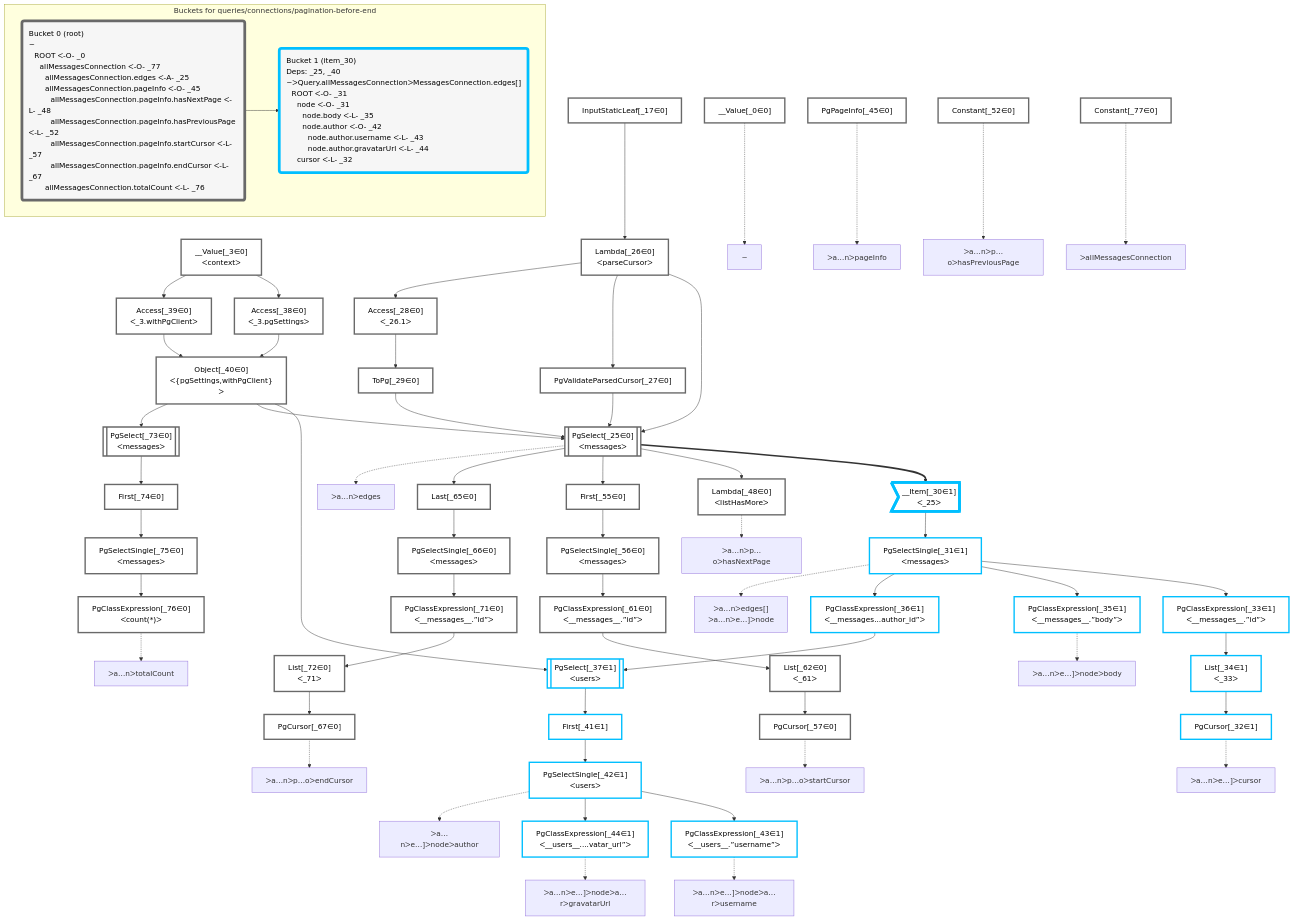
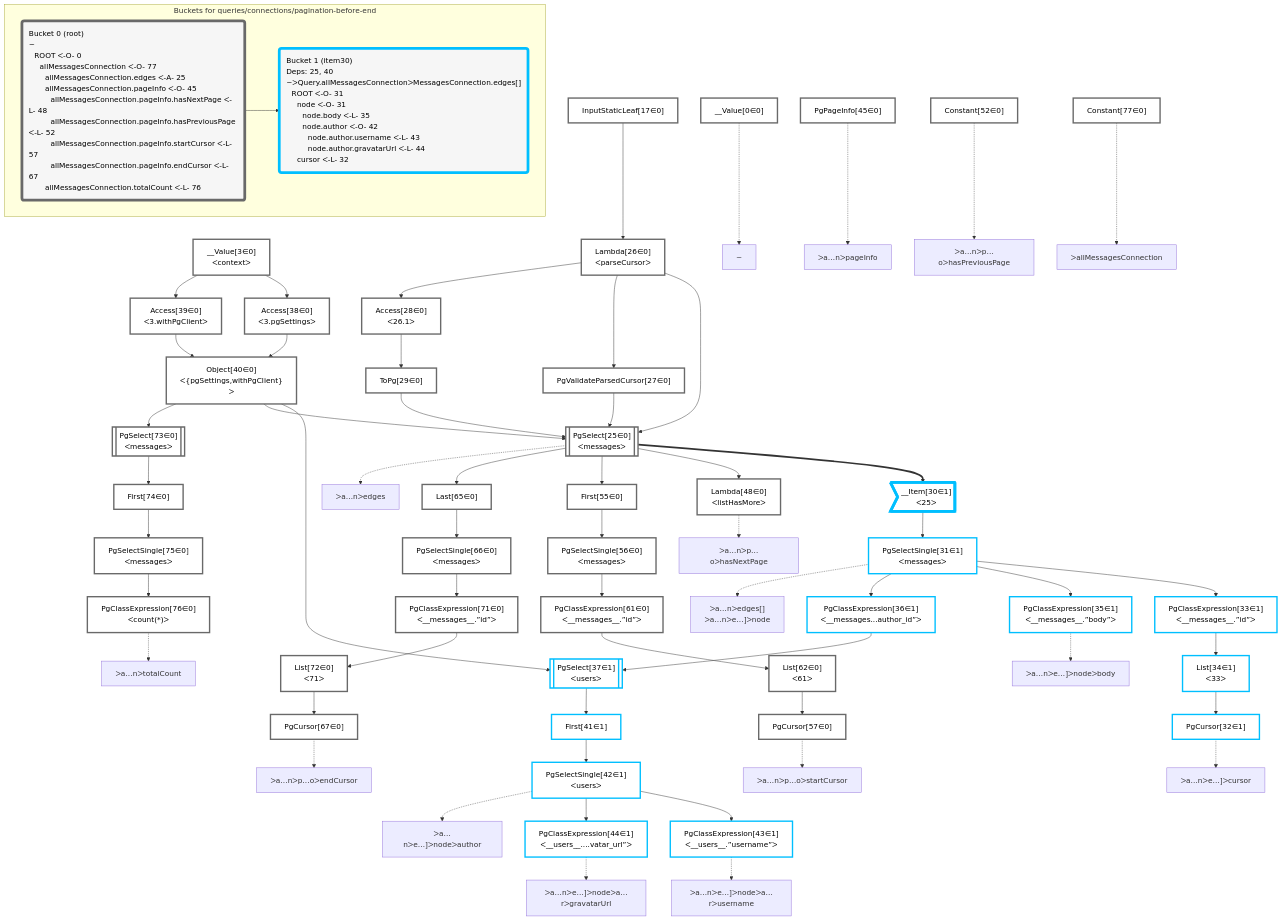
One commit to graphile/crystal changed the diagram in packages/dataplan-pg/__tests__/queries/connections/pagination-before-end.deopt.mermaid.md. Above: the diagram before and after it, drawn with Mermaid. The commit also changed 195 other files, not shown here.

````diff
--- a/packages/dataplan-pg/__tests__/queries/connections/pagination-before-end.deopt.mermaid.md
+++ b/packages/dataplan-pg/__tests__/queries/connections/pagination-before-end.deopt.mermaid.md
@@ -8,124 +8,124 @@
 
 
     %% define plans
-    __Value_0["__Value[_0∈0]"]:::plan
-    PgCursor_32["PgCursor[_32∈1]"]:::plan
-    List_34["List[_34∈1]<br />ᐸ_33ᐳ"]:::plan
-    PgClassExpression_33["PgClassExpression[_33∈1]<br />ᐸ__messages__.”id”ᐳ"]:::plan
-    PgClassExpression_35["PgClassExpression[_35∈1]<br />ᐸ__messages__.”body”ᐳ"]:::plan
-    PgClassExpression_43["PgClassExpression[_43∈1]<br />ᐸ__users__.”username”ᐳ"]:::plan
-    PgClassExpression_44["PgClassExpression[_44∈1]<br />ᐸ__users__....vatar_url”ᐳ"]:::plan
-    PgSelectSingle_42["PgSelectSingle[_42∈1]<br />ᐸusersᐳ"]:::plan
-    First_41["First[_41∈1]"]:::plan
-    PgSelect_37[["PgSelect[_37∈1]<br />ᐸusersᐳ"]]:::plan
-    PgClassExpression_36["PgClassExpression[_36∈1]<br />ᐸ__messages...author_id”ᐳ"]:::plan
-    PgSelectSingle_31["PgSelectSingle[_31∈1]<br />ᐸmessagesᐳ"]:::plan
-    __Item_30>"__Item[_30∈1]<br />ᐸ_25ᐳ"]:::itemplan
-    Lambda_48["Lambda[_48∈0]<br />ᐸlistHasMoreᐳ"]:::plan
-    PgCursor_57["PgCursor[_57∈0]"]:::plan
-    List_62["List[_62∈0]<br />ᐸ_61ᐳ"]:::plan
-    PgClassExpression_61["PgClassExpression[_61∈0]<br />ᐸ__messages__.”id”ᐳ"]:::plan
-    PgSelectSingle_56["PgSelectSingle[_56∈0]<br />ᐸmessagesᐳ"]:::plan
-    First_55["First[_55∈0]"]:::plan
-    PgCursor_67["PgCursor[_67∈0]"]:::plan
-    List_72["List[_72∈0]<br />ᐸ_71ᐳ"]:::plan
-    PgClassExpression_71["PgClassExpression[_71∈0]<br />ᐸ__messages__.”id”ᐳ"]:::plan
-    PgSelectSingle_66["PgSelectSingle[_66∈0]<br />ᐸmessagesᐳ"]:::plan
-    Last_65["Last[_65∈0]"]:::plan
-    PgSelect_25[["PgSelect[_25∈0]<br />ᐸmessagesᐳ"]]:::plan
-    PgClassExpression_76["PgClassExpression[_76∈0]<br />ᐸcount(*)ᐳ"]:::plan
-    PgSelectSingle_75["PgSelectSingle[_75∈0]<br />ᐸmessagesᐳ"]:::plan
-    First_74["First[_74∈0]"]:::plan
-    PgSelect_73[["PgSelect[_73∈0]<br />ᐸmessagesᐳ"]]:::plan
-    Object_40["Object[_40∈0]<br />ᐸ{pgSettings,withPgClient}ᐳ"]:::plan
-    Access_38["Access[_38∈0]<br />ᐸ_3.pgSettingsᐳ"]:::plan
-    Access_39["Access[_39∈0]<br />ᐸ_3.withPgClientᐳ"]:::plan
-    __Value_3["__Value[_3∈0]<br />ᐸcontextᐳ"]:::plan
-    PgValidateParsedCursor_27["PgValidateParsedCursor[_27∈0]"]:::plan
-    ToPg_29["ToPg[_29∈0]"]:::plan
-    Access_28["Access[_28∈0]<br />ᐸ_26.1ᐳ"]:::plan
-    Lambda_26["Lambda[_26∈0]<br />ᐸparseCursorᐳ"]:::plan
-    InputStaticLeaf_17["InputStaticLeaf[_17∈0]"]:::plan
-    Constant_77["Constant[_77∈0]"]:::plan
-    PgPageInfo_45["PgPageInfo[_45∈0]"]:::plan
-    Constant_52["Constant[_52∈0]"]:::plan
+    __Value0["__Value[0∈0]"]:::plan
+    PgCursor32["PgCursor[32∈1]"]:::plan
+    List34["List[34∈1]<br />ᐸ33ᐳ"]:::plan
+    PgClassExpression33["PgClassExpression[33∈1]<br />ᐸ__messages__.”id”ᐳ"]:::plan
+    PgClassExpression35["PgClassExpression[35∈1]<br />ᐸ__messages__.”body”ᐳ"]:::plan
+    PgClassExpression43["PgClassExpression[43∈1]<br />ᐸ__users__.”username”ᐳ"]:::plan
+    PgClassExpression44["PgClassExpression[44∈1]<br />ᐸ__users__....vatar_url”ᐳ"]:::plan
+    PgSelectSingle42["PgSelectSingle[42∈1]<br />ᐸusersᐳ"]:::plan
+    First41["First[41∈1]"]:::plan
+    PgSelect37[["PgSelect[37∈1]<br />ᐸusersᐳ"]]:::plan
+    PgClassExpression36["PgClassExpression[36∈1]<br />ᐸ__messages...author_id”ᐳ"]:::plan
+    PgSelectSingle31["PgSelectSingle[31∈1]<br />ᐸmessagesᐳ"]:::plan
+    __Item30>"__Item[30∈1]<br />ᐸ25ᐳ"]:::itemplan
+    Lambda48["Lambda[48∈0]<br />ᐸlistHasMoreᐳ"]:::plan
+    PgCursor57["PgCursor[57∈0]"]:::plan
+    List62["List[62∈0]<br />ᐸ61ᐳ"]:::plan
+    PgClassExpression61["PgClassExpression[61∈0]<br />ᐸ__messages__.”id”ᐳ"]:::plan
+    PgSelectSingle56["PgSelectSingle[56∈0]<br />ᐸmessagesᐳ"]:::plan
+    First55["First[55∈0]"]:::plan
+    PgCursor67["PgCursor[67∈0]"]:::plan
+    List72["List[72∈0]<br />ᐸ71ᐳ"]:::plan
+    PgClassExpression71["PgClassExpression[71∈0]<br />ᐸ__messages__.”id”ᐳ"]:::plan
+    PgSelectSingle66["PgSelectSingle[66∈0]<br />ᐸmessagesᐳ"]:::plan
+    Last65["Last[65∈0]"]:::plan
+    PgSelect25[["PgSelect[25∈0]<br />ᐸmessagesᐳ"]]:::plan
+    PgClassExpression76["PgClassExpression[76∈0]<br />ᐸcount(*)ᐳ"]:::plan
+    PgSelectSingle75["PgSelectSingle[75∈0]<br />ᐸmessagesᐳ"]:::plan
+    First74["First[74∈0]"]:::plan
+    PgSelect73[["PgSelect[73∈0]<br />ᐸmessagesᐳ"]]:::plan
+    Object40["Object[40∈0]<br />ᐸ{pgSettings,withPgClient}ᐳ"]:::plan
+    Access38["Access[38∈0]<br />ᐸ3.pgSettingsᐳ"]:::plan
+    Access39["Access[39∈0]<br />ᐸ3.withPgClientᐳ"]:::plan
+    __Value3["__Value[3∈0]<br />ᐸcontextᐳ"]:::plan
+    PgValidateParsedCursor27["PgValidateParsedCursor[27∈0]"]:::plan
+    ToPg29["ToPg[29∈0]"]:::plan
+    Access28["Access[28∈0]<br />ᐸ26.1ᐳ"]:::plan
+    Lambda26["Lambda[26∈0]<br />ᐸparseCursorᐳ"]:::plan
+    InputStaticLeaf17["InputStaticLeaf[17∈0]"]:::plan
+    Constant77["Constant[77∈0]"]:::plan
+    PgPageInfo45["PgPageInfo[45∈0]"]:::plan
+    Constant52["Constant[52∈0]"]:::plan
 
     %% plan dependencies
-    List_34 --> PgCursor_32
-    PgClassExpression_33 --> List_34
-    PgSelectSingle_31 --> PgClassExpression_33
-    PgSelectSingle_31 --> PgClassExpression_35
-    PgSelectSingle_42 --> PgClassExpression_43
-    PgSelectSingle_42 --> PgClassExpression_44
-    First_41 --> PgSelectSingle_42
-    PgSelect_37 --> First_41
-    Object_40 & PgClassExpression_36 --> PgSelect_37
-    PgSelectSingle_31 --> PgClassExpression_36
-    __Item_30 --> PgSelectSingle_31
-    PgSelect_25 ==> __Item_30
-    PgSelect_25 --> Lambda_48
-    List_62 --> PgCursor_57
-    PgClassExpression_61 --> List_62
-    PgSelectSingle_56 --> PgClassExpression_61
-    First_55 --> PgSelectSingle_56
-    PgSelect_25 --> First_55
-    List_72 --> PgCursor_67
-    PgClassExpression_71 --> List_72
-    PgSelectSingle_66 --> PgClassExpression_71
-    Last_65 --> PgSelectSingle_66
-    PgSelect_25 --> Last_65
-    Object_40 & Lambda_26 & PgValidateParsedCursor_27 & ToPg_29 --> PgSelect_25
-    PgSelectSingle_75 --> PgClassExpression_76
-    First_74 --> PgSelectSingle_75
-    PgSelect_73 --> First_74
-    Object_40 --> PgSelect_73
-    Access_38 & Access_39 --> Object_40
-    __Value_3 --> Access_38
-    __Value_3 --> Access_39
-    Lambda_26 --> PgValidateParsedCursor_27
-    Access_28 --> ToPg_29
-    Lambda_26 --> Access_28
-    InputStaticLeaf_17 --> Lambda_26
+    List34 --> PgCursor32
+    PgClassExpression33 --> List34
+    PgSelectSingle31 --> PgClassExpression33
+    PgSelectSingle31 --> PgClassExpression35
+    PgSelectSingle42 --> PgClassExpression43
+    PgSelectSingle42 --> PgClassExpression44
+    First41 --> PgSelectSingle42
+    PgSelect37 --> First41
+    Object40 & PgClassExpression36 --> PgSelect37
+    PgSelectSingle31 --> PgClassExpression36
+    __Item30 --> PgSelectSingle31
+    PgSelect25 ==> __Item30
+    PgSelect25 --> Lambda48
+    List62 --> PgCursor57
+    PgClassExpression61 --> List62
+    PgSelectSingle56 --> PgClassExpression61
+    First55 --> PgSelectSingle56
+    PgSelect25 --> First55
+    List72 --> PgCursor67
+    PgClassExpression71 --> List72
+    PgSelectSingle66 --> PgClassExpression71
+    Last65 --> PgSelectSingle66
+    PgSelect25 --> Last65
+    Object40 & Lambda26 & PgValidateParsedCursor27 & ToPg29 --> PgSelect25
+    PgSelectSingle75 --> PgClassExpression76
+    First74 --> PgSelectSingle75
+    PgSelect73 --> First74
+    Object40 --> PgSelect73
+    Access38 & Access39 --> Object40
+    __Value3 --> Access38
+    __Value3 --> Access39
+    Lambda26 --> PgValidateParsedCursor27
+    Access28 --> ToPg29
+    Lambda26 --> Access28
+    InputStaticLeaf17 --> Lambda26
 
     %% plan-to-path relationships
-    P_0["~"]
-    __Value_0 -.-> P_0
-    P_25["ᐳa…nᐳedges"]
-    PgSelect_25 -.-> P_25
-    P_31["ᐳa…nᐳedges[]<br />ᐳa…nᐳe…]ᐳnode"]
-    PgSelectSingle_31 -.-> P_31
-    P_32["ᐳa…nᐳe…]ᐳcursor"]
-    PgCursor_32 -.-> P_32
-    P_35["ᐳa…nᐳe…]ᐳnodeᐳbody"]
-    PgClassExpression_35 -.-> P_35
-    P_42["ᐳa…nᐳe…]ᐳnodeᐳauthor"]
-    PgSelectSingle_42 -.-> P_42
-    P_43["ᐳa…nᐳe…]ᐳnodeᐳa…rᐳusername"]
-    PgClassExpression_43 -.-> P_43
-    P_44["ᐳa…nᐳe…]ᐳnodeᐳa…rᐳgravatarUrl"]
-    PgClassExpression_44 -.-> P_44
-    P_45["ᐳa…nᐳpageInfo"]
-    PgPageInfo_45 -.-> P_45
-    P_48["ᐳa…nᐳp…oᐳhasNextPage"]
-    Lambda_48 -.-> P_48
-    P_52["ᐳa…nᐳp…oᐳhasPreviousPage"]
-    Constant_52 -.-> P_52
-    P_57["ᐳa…nᐳp…oᐳstartCursor"]
-    PgCursor_57 -.-> P_57
-    P_67["ᐳa…nᐳp…oᐳendCursor"]
-    PgCursor_67 -.-> P_67
-    P_76["ᐳa…nᐳtotalCount"]
-    PgClassExpression_76 -.-> P_76
-    P_77["ᐳallMessagesConnection"]
-    Constant_77 -.-> P_77
+    P0["~"]
+    __Value0 -.-> P0
+    P25["ᐳa…nᐳedges"]
+    PgSelect25 -.-> P25
+    P31["ᐳa…nᐳedges[]<br />ᐳa…nᐳe…]ᐳnode"]
+    PgSelectSingle31 -.-> P31
+    P32["ᐳa…nᐳe…]ᐳcursor"]
+    PgCursor32 -.-> P32
+    P35["ᐳa…nᐳe…]ᐳnodeᐳbody"]
+    PgClassExpression35 -.-> P35
+    P42["ᐳa…nᐳe…]ᐳnodeᐳauthor"]
+    PgSelectSingle42 -.-> P42
+    P43["ᐳa…nᐳe…]ᐳnodeᐳa…rᐳusername"]
+    PgClassExpression43 -.-> P43
+    P44["ᐳa…nᐳe…]ᐳnodeᐳa…rᐳgravatarUrl"]
+    PgClassExpression44 -.-> P44
+    P45["ᐳa…nᐳpageInfo"]
+    PgPageInfo45 -.-> P45
+    P48["ᐳa…nᐳp…oᐳhasNextPage"]
+    Lambda48 -.-> P48
+    P52["ᐳa…nᐳp…oᐳhasPreviousPage"]
+    Constant52 -.-> P52
+    P57["ᐳa…nᐳp…oᐳstartCursor"]
+    PgCursor57 -.-> P57
+    P67["ᐳa…nᐳp…oᐳendCursor"]
+    PgCursor67 -.-> P67
+    P76["ᐳa…nᐳtotalCount"]
+    PgClassExpression76 -.-> P76
+    P77["ᐳallMessagesConnection"]
+    Constant77 -.-> P77
 
     subgraph "Buckets for queries/connections/pagination-before-end"
-    Bucket0("Bucket 0 (root)<br />~<br />⠀ROOT ᐸ-O- _0<br />⠀⠀allMessagesConnection ᐸ-O- _77<br />⠀⠀⠀allMessagesConnection.edges ᐸ-A- _25<br />⠀⠀⠀allMessagesConnection.pageInfo ᐸ-O- _45<br />⠀⠀⠀⠀allMessagesConnection.pageInfo.hasNextPage ᐸ-L- _48<br />⠀⠀⠀⠀allMessagesConnection.pageInfo.hasPreviousPage ᐸ-L- _52<br />⠀⠀⠀⠀allMessagesConnection.pageInfo.startCursor ᐸ-L- _57<br />⠀⠀⠀⠀allMessagesConnection.pageInfo.endCursor ᐸ-L- _67<br />⠀⠀⠀allMessagesConnection.totalCount ᐸ-L- _76"):::bucket
+    Bucket0("Bucket 0 (root)<br />~<br />⠀ROOT ᐸ-O- 0<br />⠀⠀allMessagesConnection ᐸ-O- 77<br />⠀⠀⠀allMessagesConnection.edges ᐸ-A- 25<br />⠀⠀⠀allMessagesConnection.pageInfo ᐸ-O- 45<br />⠀⠀⠀⠀allMessagesConnection.pageInfo.hasNextPage ᐸ-L- 48<br />⠀⠀⠀⠀allMessagesConnection.pageInfo.hasPreviousPage ᐸ-L- 52<br />⠀⠀⠀⠀allMessagesConnection.pageInfo.startCursor ᐸ-L- 57<br />⠀⠀⠀⠀allMessagesConnection.pageInfo.endCursor ᐸ-L- 67<br />⠀⠀⠀allMessagesConnection.totalCount ᐸ-L- 76"):::bucket
     classDef bucket0 stroke:#696969
-    class Bucket0,__Value_0,__Value_3,InputStaticLeaf_17,PgSelect_25,Lambda_26,PgValidateParsedCursor_27,Access_28,ToPg_29,Access_38,Access_39,Object_40,PgPageInfo_45,Lambda_48,Constant_52,First_55,PgSelectSingle_56,PgCursor_57,PgClassExpression_61,List_62,Last_65,PgSelectSingle_66,PgCursor_67,PgClassExpression_71,List_72,PgSelect_73,First_74,PgSelectSingle_75,PgClassExpression_76,Constant_77 bucket0
-    Bucket1("Bucket 1 (item_30)<br />Deps: _25, _40<br />~ᐳQuery.allMessagesConnectionᐳMessagesConnection.edges[]<br />⠀ROOT ᐸ-O- _31<br />⠀⠀node ᐸ-O- _31<br />⠀⠀⠀node.body ᐸ-L- _35<br />⠀⠀⠀node.author ᐸ-O- _42<br />⠀⠀⠀⠀node.author.username ᐸ-L- _43<br />⠀⠀⠀⠀node.author.gravatarUrl ᐸ-L- _44<br />⠀⠀cursor ᐸ-L- _32"):::bucket
+    class Bucket0,__Value0,__Value3,InputStaticLeaf17,PgSelect25,Lambda26,PgValidateParsedCursor27,Access28,ToPg29,Access38,Access39,Object40,PgPageInfo45,Lambda48,Constant52,First55,PgSelectSingle56,PgCursor57,PgClassExpression61,List62,Last65,PgSelectSingle66,PgCursor67,PgClassExpression71,List72,PgSelect73,First74,PgSelectSingle75,PgClassExpression76,Constant77 bucket0
+    Bucket1("Bucket 1 (item30)<br />Deps: 25, 40<br />~ᐳQuery.allMessagesConnectionᐳMessagesConnection.edges[]<br />⠀ROOT ᐸ-O- 31<br />⠀⠀node ᐸ-O- 31<br />⠀⠀⠀node.body ᐸ-L- 35<br />⠀⠀⠀node.author ᐸ-O- 42<br />⠀⠀⠀⠀node.author.username ᐸ-L- 43<br />⠀⠀⠀⠀node.author.gravatarUrl ᐸ-L- 44<br />⠀⠀cursor ᐸ-L- 32"):::bucket
     classDef bucket1 stroke:#00bfff
-    class Bucket1,__Item_30,PgSelectSingle_31,PgCursor_32,PgClassExpression_33,List_34,PgClassExpression_35,PgClassExpression_36,PgSelect_37,First_41,PgSelectSingle_42,PgClassExpression_43,PgClassExpression_44 bucket1
+    class Bucket1,__Item30,PgSelectSingle31,PgCursor32,PgClassExpression33,List34,PgClassExpression35,PgClassExpression36,PgSelect37,First41,PgSelectSingle42,PgClassExpression43,PgClassExpression44 bucket1
     Bucket0 --> Bucket1
     end
 ```
````
